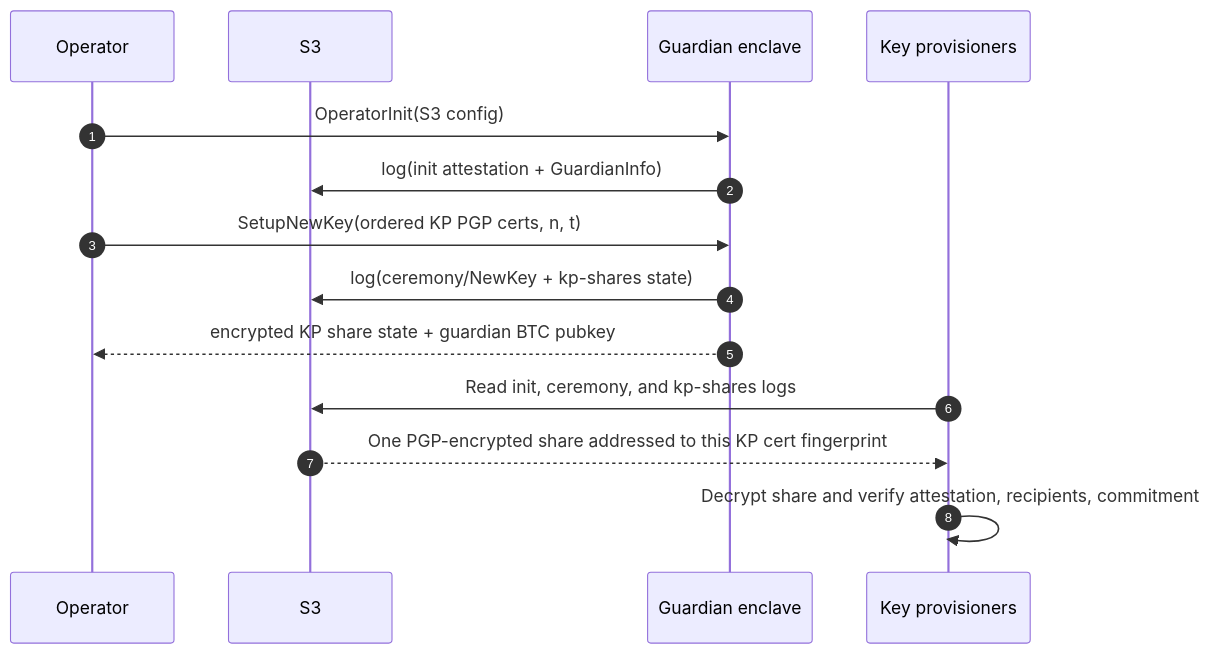
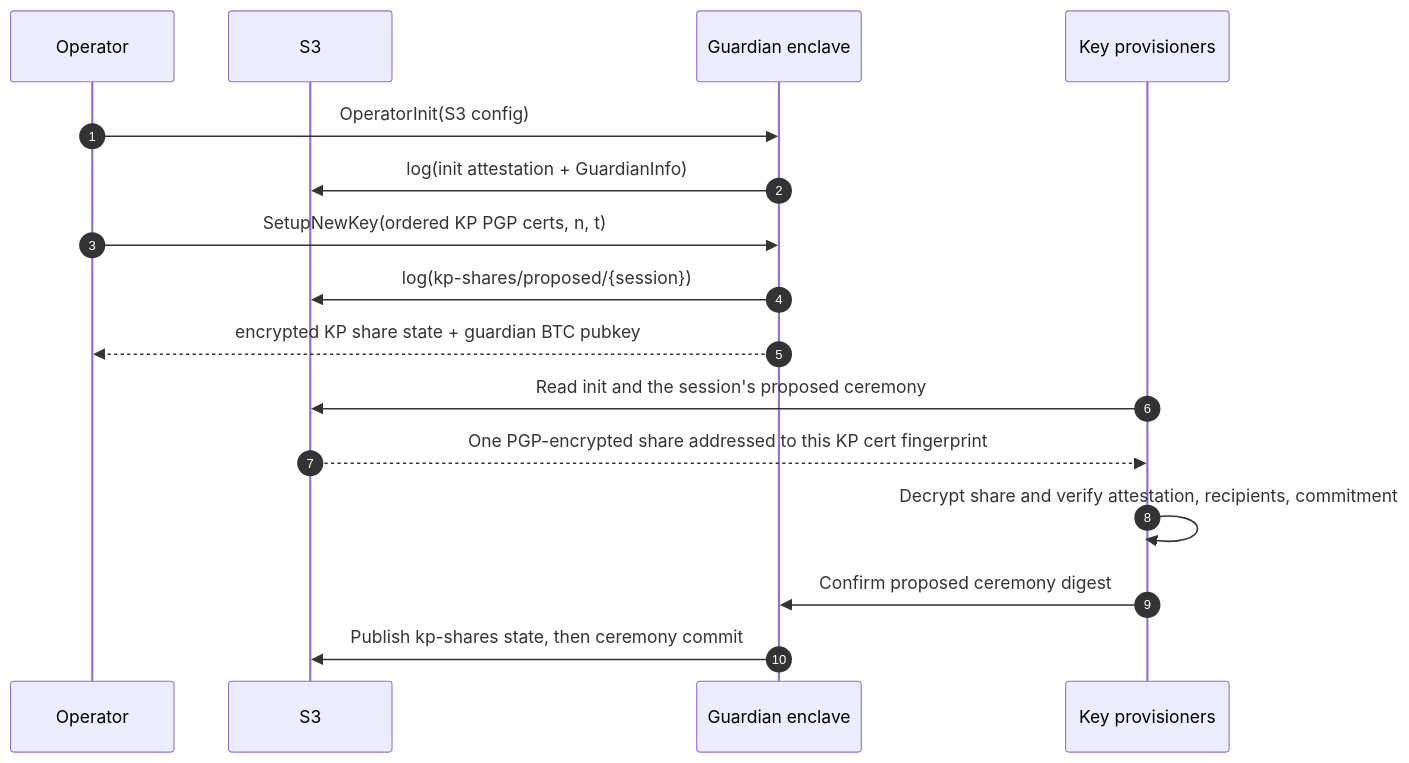
One commit to MystenLabs/hashi changed the first of 4 diagrams in design/docs/guardian.mdx. Above: the diagram before and after it, drawn with Mermaid. The commit also changed 15 other files, not shown here.

Commit message:
[Guardian] Publish ceremony logs after confirmation

````diff
--- a/design/docs/guardian.mdx
+++ b/design/docs/guardian.mdx
@@ -89,19 +89,21 @@
 ```mermaid
 sequenceDiagram
     autonumber
 
     participant Operator
     participant S3
     participant Guardian as Guardian enclave
     participant KPs as Key provisioners
 
     Operator->>Guardian: OperatorInit(S3 config)
     Guardian->>S3: log(init attestation + GuardianInfo)
     Operator->>Guardian: SetupNewKey(ordered KP PGP certs, n, t)
-    Guardian->>S3: log(ceremony/NewKey + kp-shares state)
+    Guardian->>S3: log(kp-shares/proposed/{session})
     Guardian-->>Operator: encrypted KP share state + guardian BTC pubkey
 
-    KPs->>S3: Read init, ceremony, and kp-shares logs
+    KPs->>S3: Read init and the session's proposed ceremony
     S3-->>KPs: One PGP-encrypted share addressed to this KP cert fingerprint
     KPs->>KPs: Decrypt share and verify attestation, recipients, commitment
+    KPs->>Guardian: Confirm proposed ceremony digest
+    Guardian->>S3: Publish kp-shares state, then ceremony commit
 ```
````
